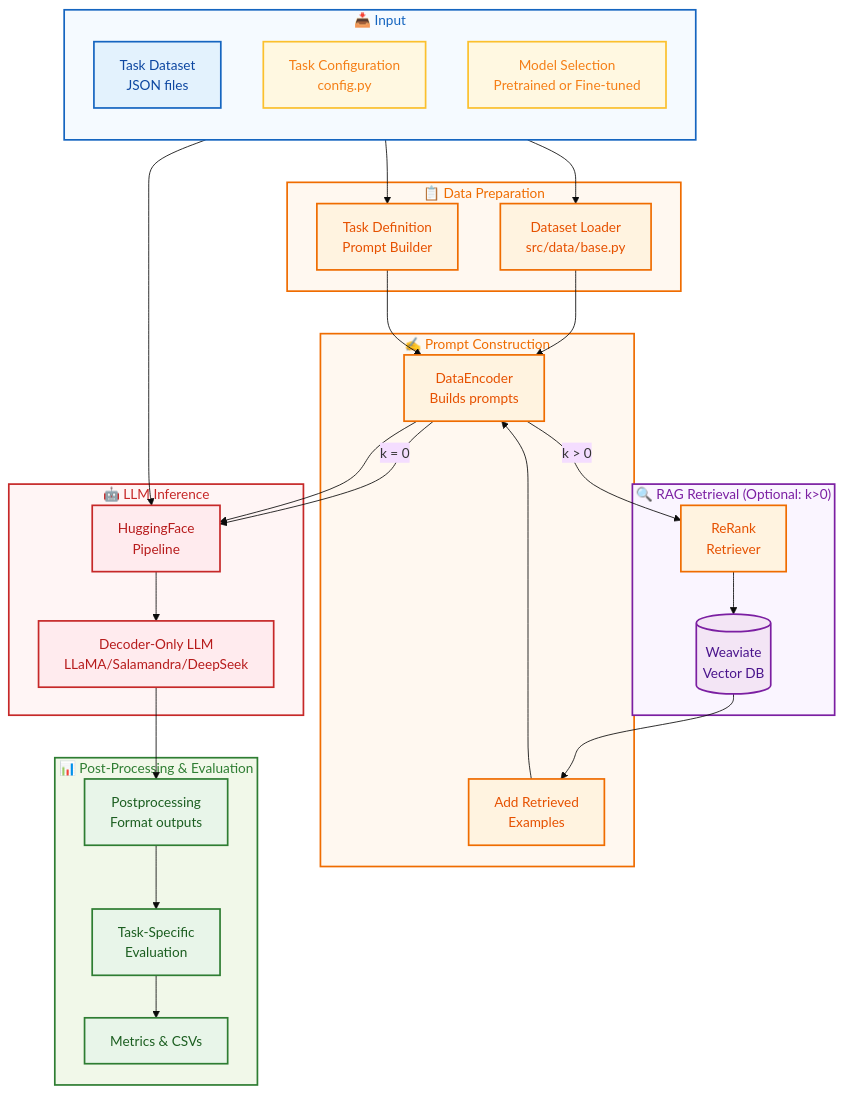
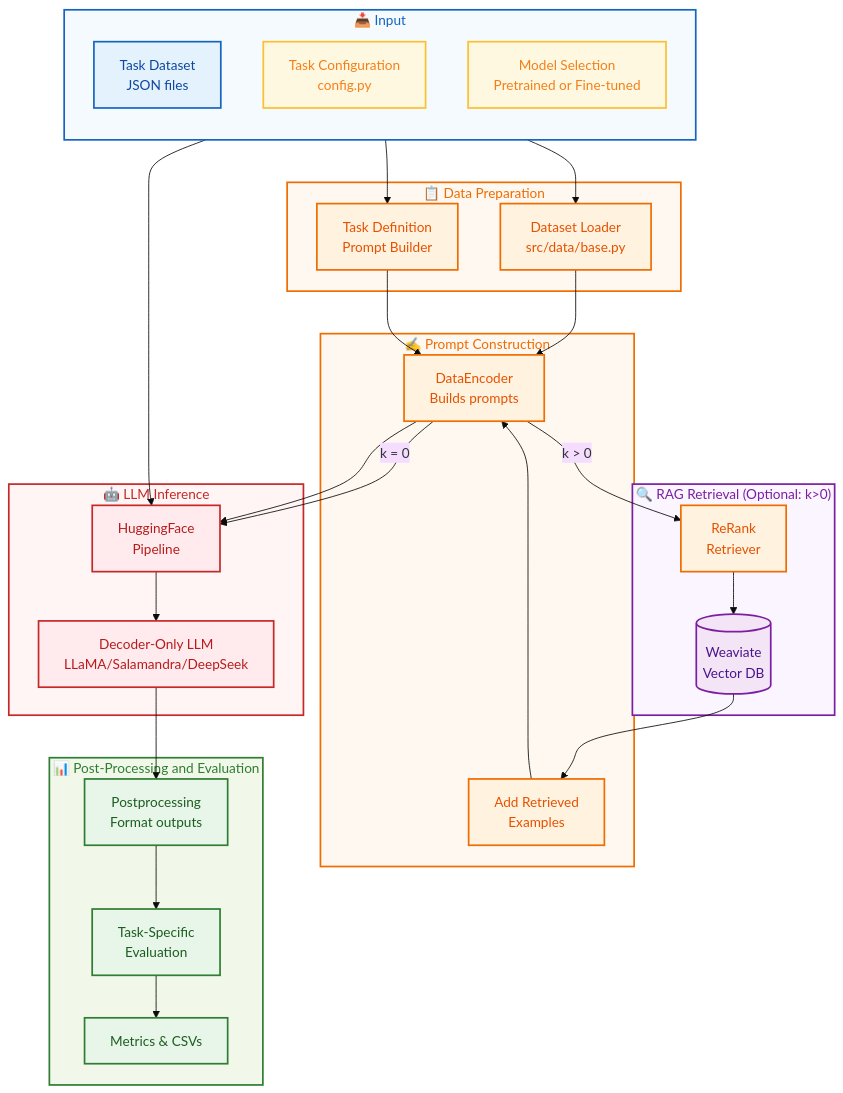
The diagram in README.md (gplsi/Odesia_Challenge), drawn with Mermaid (base theme) before and after one commit.

Commit message:
docs: Update "Post-Processing & Evaluation" to "Post-Processing and Evaluation" in README.

````diff
--- a/README.md
+++ b/README.md
@@ -324,70 +324,70 @@
 ```mermaid
 graph TB
     %% Define styles
     classDef default fill:#f9f9f9,stroke:#333,stroke-width:1px,color:#000;
     classDef input fill:#e3f2fd,stroke:#1565c0,stroke-width:2px,color:#0d47a1;
     classDef process fill:#fff3e0,stroke:#ef6c00,stroke-width:2px,color:#e65100;
     classDef storage fill:#f3e5f5,stroke:#7b1fa2,stroke-width:2px,color:#4a148c;
     classDef inference fill:#ffebee,stroke:#c62828,stroke-width:2px,color:#b71c1c;
     classDef output fill:#e8f5e9,stroke:#2e7d32,stroke-width:2px,color:#1b5e20;
     classDef config fill:#fff8e1,stroke:#fbc02d,stroke-width:2px,color:#f57f17;
 
     subgraph Input["📥 Input"]
         direction TB
         TaskData[Task Dataset<br/>JSON files]:::input
         TaskConfig[Task Configuration<br/>config.py]:::config
         ModelChoice[Model Selection<br/>Pretrained or Fine-tuned]:::config
     end
     
     subgraph DataPrep["📋 Data Preparation"]
         DataLoader[Dataset Loader<br/>src/data/base.py]:::process
         TaskDef[Task Definition<br/>Prompt Builder]:::process
     end
     
     subgraph Retrieval["🔍 RAG Retrieval (Optional: k>0)"]
         Weaviate[(Weaviate<br/>Vector DB)]:::storage
         ReRank[ReRank<br/>Retriever]:::process
     end
     
     subgraph Encoding["✍️ Prompt Construction"]
         DataEnc[DataEncoder<br/>Builds prompts]:::process
         Context[Add Retrieved<br/>Examples]:::process
     end
     
     subgraph Inference["🤖 LLM Inference"]
         HFPipe[HuggingFace<br/>Pipeline]:::inference
         LLM[Decoder-Only LLM<br/>LLaMA/Salamandra/DeepSeek]:::inference
     end
     
-    subgraph PostEval["📊 Post-Processing & Evaluation"]
+    subgraph PostEval["📊 Post-Processing and Evaluation"]
         PostProc[Postprocessing<br/>Format outputs]:::output
         TaskEval[Task-Specific<br/>Evaluation]:::output
         Metrics[Metrics & CSVs]:::output
     end
     
     TaskData --> DataLoader
     TaskConfig --> TaskDef
     DataLoader --> DataEnc
     TaskDef --> DataEnc
     ModelChoice --> HFPipe
     
     DataEnc -->|k > 0| ReRank
     ReRank --> Weaviate
     Weaviate --> Context
     Context --> DataEnc
     DataEnc -->|k = 0| HFPipe
     
     DataEnc --> HFPipe
     HFPipe --> LLM
     LLM --> PostProc
     PostProc --> TaskEval
     TaskEval --> Metrics
     
     %% Subgraph Styles
     style Input fill:#f5faff,stroke:#1565c0,stroke-width:2px,color:#1565c0
     style DataPrep fill:#fff8f0,stroke:#ef6c00,stroke-width:2px,color:#ef6c00
     style Retrieval fill:#faf5ff,stroke:#7b1fa2,stroke-width:2px,color:#7b1fa2
     style Encoding fill:#fff8f0,stroke:#ef6c00,stroke-width:2px,color:#ef6c00
     style Inference fill:#fff5f5,stroke:#c62828,stroke-width:2px,color:#c62828
     style PostEval fill:#f1f8e9,stroke:#2e7d32,stroke-width:2px,color:#2e7d32
 ```
````
